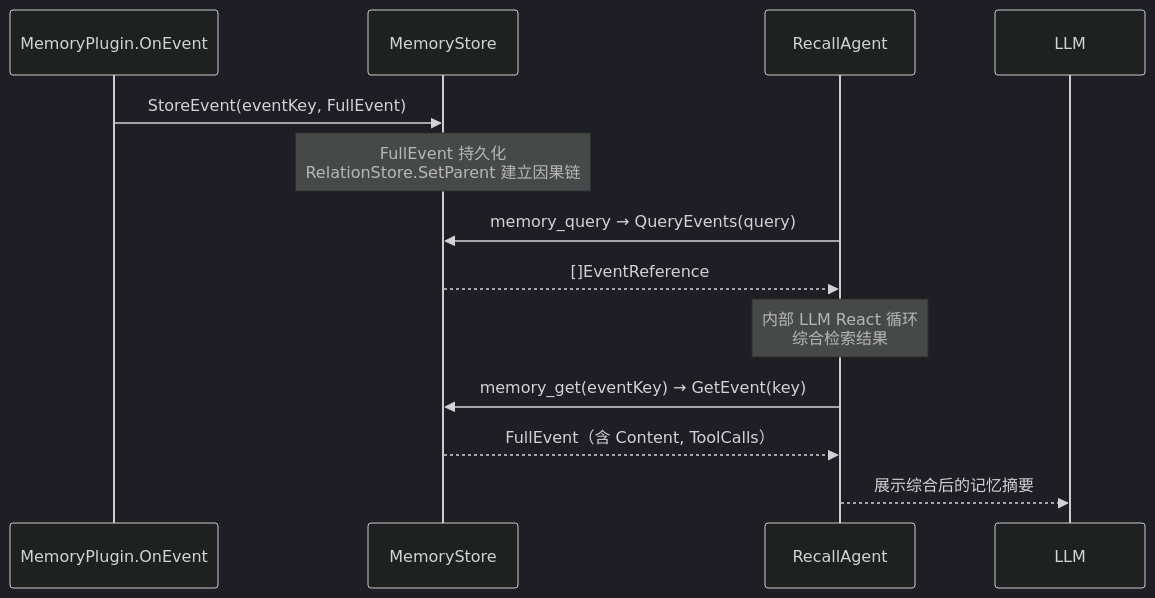
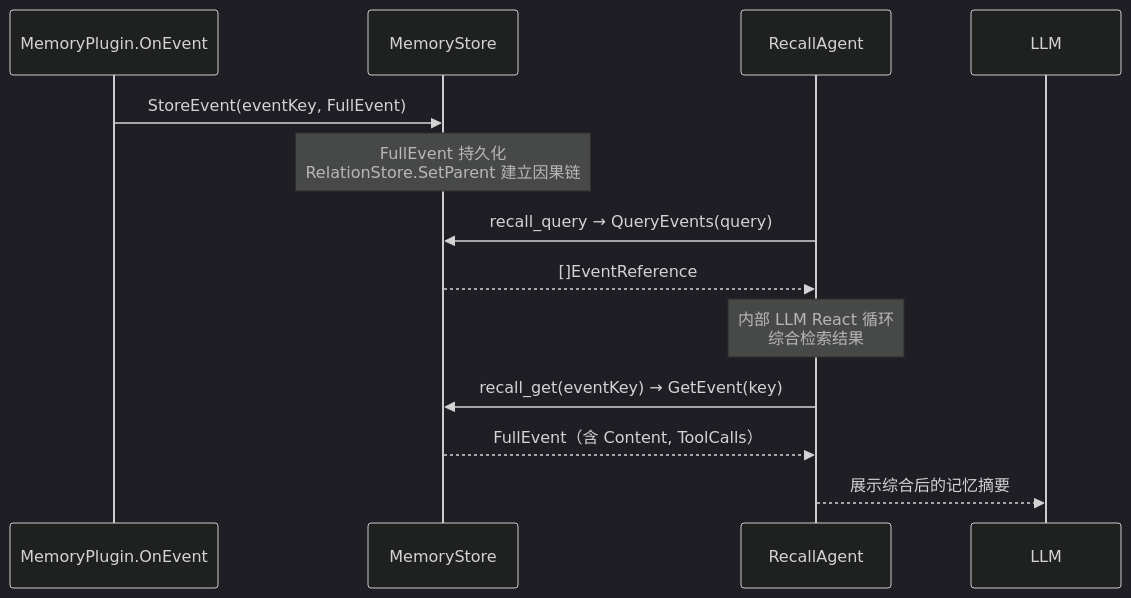
Before and after one commit to SpellingDragon/tagent: the fifth of 5 diagrams in docs/wiki/memory/memory-architecture.md, drawn with Mermaid (dark theme). The commit also changed other lines of this file and 78 other files, not shown here.

````diff
--- a/docs/wiki/memory/memory-architecture.md
+++ b/docs/wiki/memory/memory-architecture.md
@@ -694,18 +694,18 @@
 ```mermaid
 sequenceDiagram
     participant MP as MemoryPlugin.OnEvent
     participant MS as MemoryStore
     participant RA as RecallAgent
     participant LLM as LLM
 
     MP->>MS: StoreEvent(eventKey, FullEvent)
     Note over MS: FullEvent 持久化<br/>RelationStore.SetParent 建立因果链
 
-    RA->>MS: memory_query → QueryEvents(query)
+    RA->>MS: recall_query → QueryEvents(query)
     MS-->>RA: []EventReference
     Note over RA: 内部 LLM React 循环<br/>综合检索结果
 
-    RA->>MS: memory_get(eventKey) → GetEvent(key)
+    RA->>MS: recall_get(eventKey) → GetEvent(key)
     MS-->>RA: FullEvent（含 Content, ToolCalls）
     RA-->>LLM: 展示综合后的记忆摘要
 ```
````
